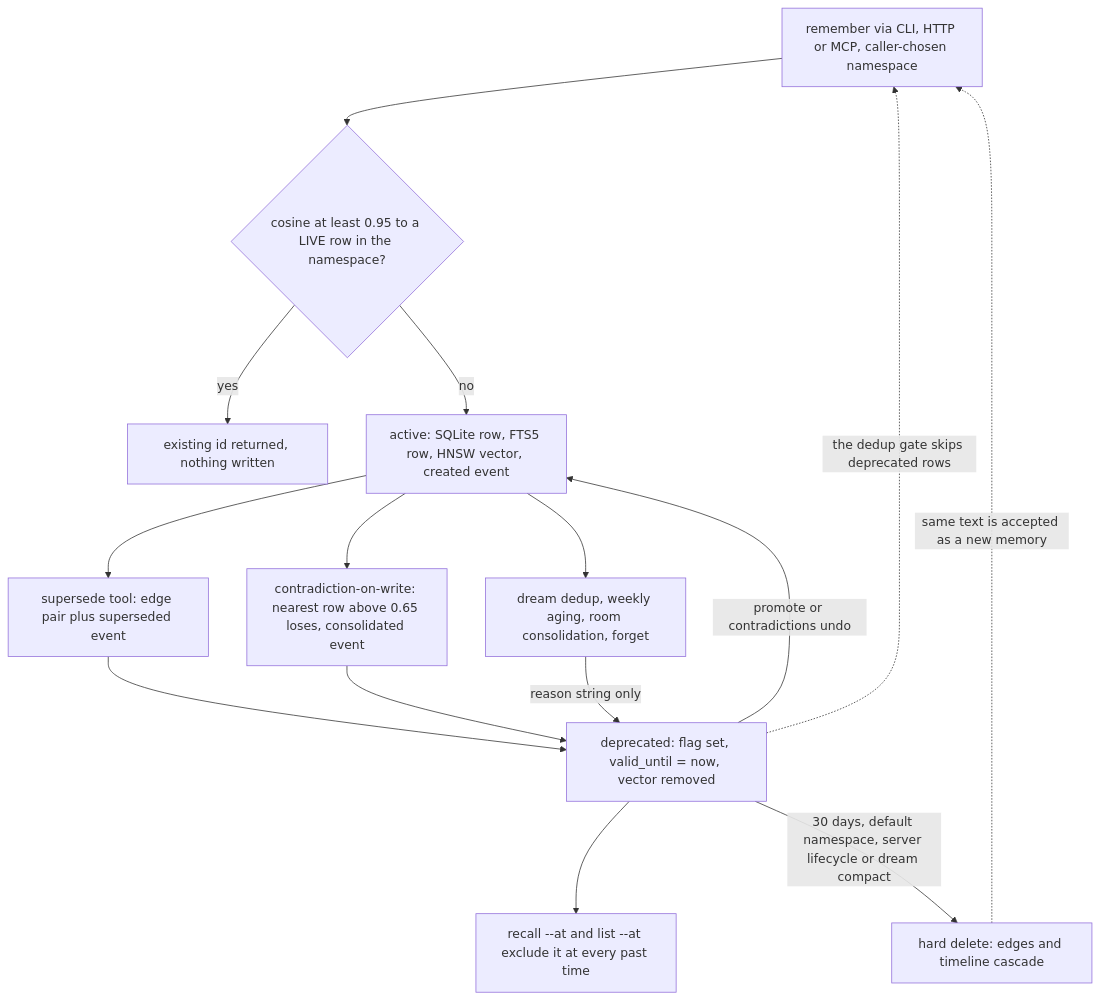
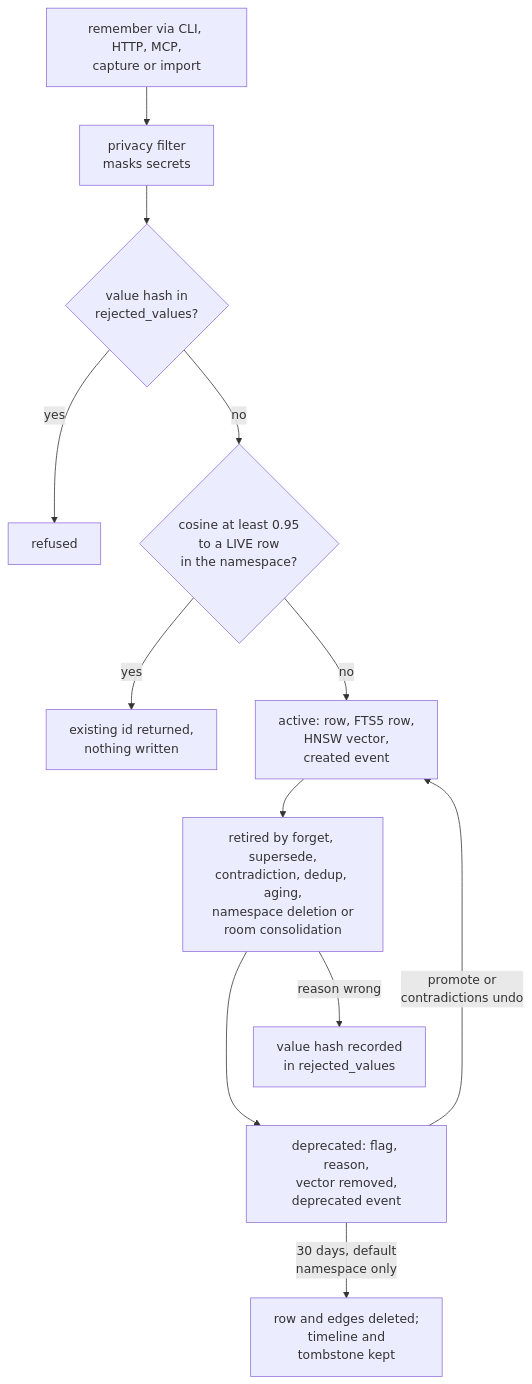
One commit to neoneye/agent-memory-atlas changed the diagram in content/systems/uteke.md. Above: the diagram before and after it, drawn with Mermaid. The commit also changed other lines of this file and 27 other files, not shown here.

First line of the commit message:
Uteke at d69a1cc: a tombstone for values forgotten as wrong and a timeline that survives the prune; four marks

````diff
--- a/content/systems/uteke.md
+++ b/content/systems/uteke.md
@@ -52,18 +91,16 @@
 ```mermaid
-%% caption: every retirement is the same soft delete, only supersede leaves a structured record, time travel never sees a retired row, and after thirty days the prune removes the row, its edges and its events, so the same text can be written back as new
+%% caption: a write passes the privacy filter, the tombstone and the dedup gate; every retirement is the same soft delete with an event, a reason of wrong also records the value, and the thirty-day prune removes the row but keeps its timeline and its tombstone
 flowchart TD
-  W["remember via CLI, HTTP or MCP, caller-chosen namespace"] --> D{"cosine at least 0.95 to a LIVE row in the namespace?"}
-  D -->|yes| R["existing id returned, nothing written"]
-  D -->|no| A["active: SQLite row, FTS5 row, HNSW vector, created event"]
-  A --> S["supersede tool: edge pair plus superseded event"]
-  A --> C["contradiction-on-write: nearest row above 0.65 loses, consolidated event"]
-  A --> X["dream dedup, weekly aging, room consolidation, forget"]
-  S --> P["deprecated: flag set, valid_until = now, vector removed"]
-  C --> P
-  X -->|"reason string only"| P
-  P -->|"promote or contradictions undo"| A
-  P --> T["recall --at and list --at exclude it at every past time"]
-  P -->|"30 days, default namespace, server lifecycle or dream compact"| H["hard delete: edges and timeline cascade"]
-  H -.->|"same text is accepted as a new memory"| W
-  P -.->|"the dedup gate skips deprecated rows"| W
+  W["remember via CLI, HTTP, MCP,<br/>capture or import"] --> PF["privacy filter<br/>masks secrets"]
+  PF --> TB{"value hash in<br/>rejected_values?"}
+  TB -->|"yes"| REF["refused"]
+  TB -->|"no"| D{"cosine at least 0.95<br/>to a LIVE row<br/>in the namespace?"}
+  D -->|"yes"| R["existing id returned,<br/>nothing written"]
+  D -->|"no"| A["active: row, FTS5 row,<br/>HNSW vector,<br/>created event"]
+  A --> RET["retired by forget, supersede,<br/>contradiction, dedup, aging,<br/>namespace deletion or<br/>room consolidation"]
+  RET --> P["deprecated: flag, reason,<br/>vector removed,<br/>deprecated event"]
+  RET -->|"reason wrong"| TS["value hash recorded<br/>in rejected_values"]
+  TS ~~~ P
+  P -->|"promote or<br/>contradictions undo"| A
+  P -->|"30 days, default<br/>namespace only"| H["row and edges deleted;<br/>timeline and<br/>tombstone kept"]
 ```
````
